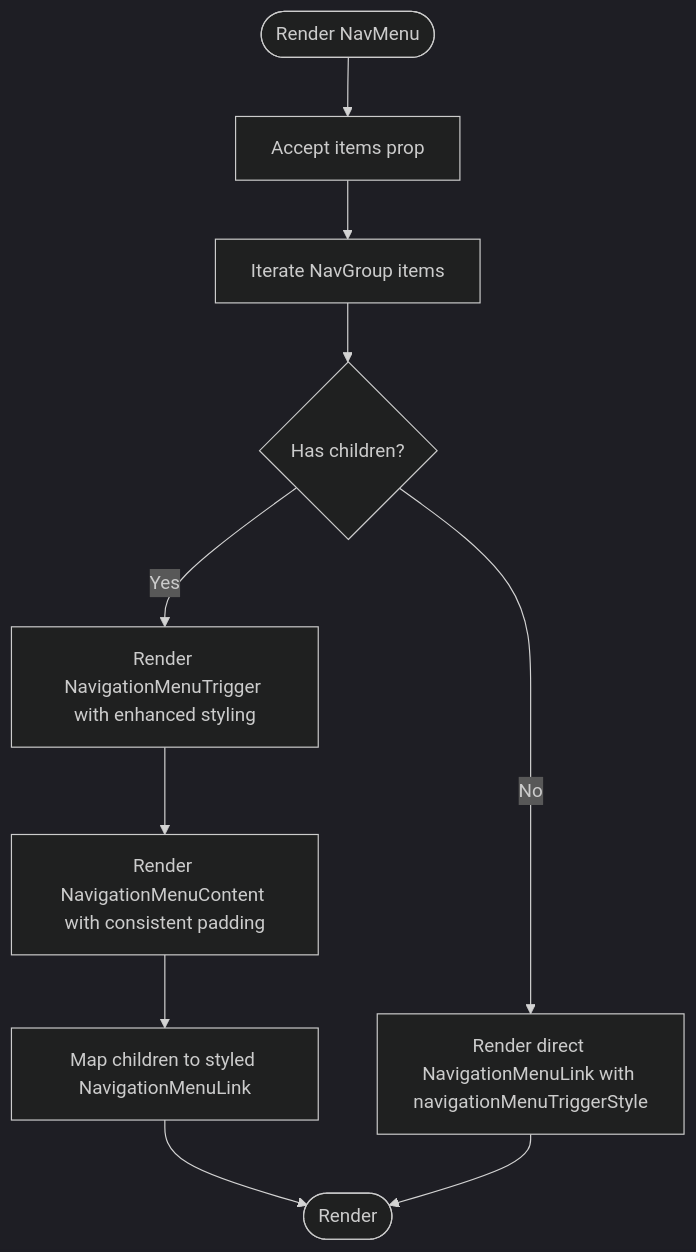
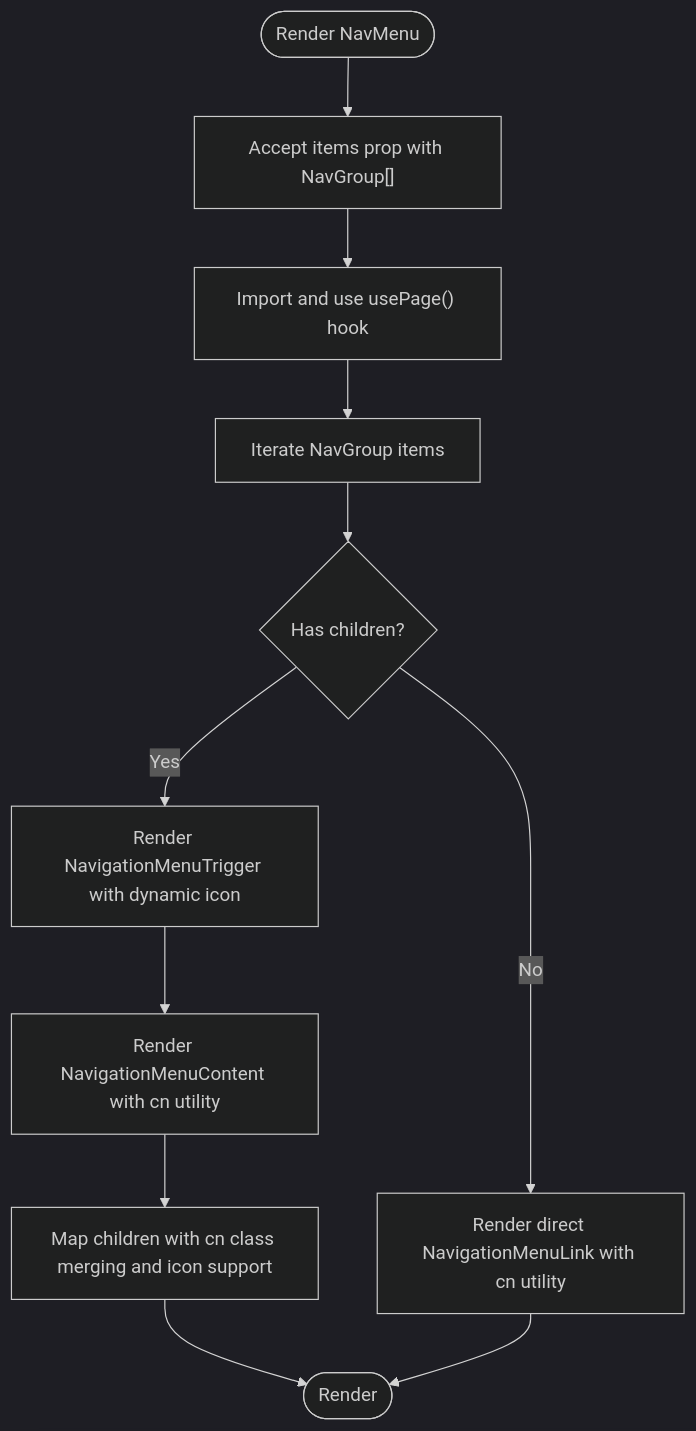
Before and after one commit to vincet0t15/template: the fourth of 12 diagrams in .qoder/repowiki/en/content/Frontend Components & UI/Navigation Components.md, drawn with Mermaid (dark theme). The commit also changed other lines of this file and 8 other files, not shown here.

````diff
--- a/.qoder/repowiki/en/content/Frontend Components & UI/Navigation Components.md
+++ b/.qoder/repowiki/en/content/Frontend Components & UI/Navigation Components.md
@@ -231,12 +246,13 @@
 ```mermaid
 flowchart TD
-StartNM(["Render NavMenu"]) --> Props["Accept items prop"]
-Props --> Iterate["Iterate NavGroup items"]
+StartNM(["Render NavMenu"]) --> Props["Accept items prop with NavGroup[]"]
+Props --> UsePage["Import and use usePage() hook"]
+UsePage --> Iterate["Iterate NavGroup items"]
 Iterate --> HasChildren{"Has children?"}
-HasChildren --> |Yes| Trigger["Render NavigationMenuTrigger with enhanced styling"]
-Trigger --> Content["Render NavigationMenuContent with consistent padding"]
-Content --> Children["Map children to styled NavigationMenuLink"]
-HasChildren --> |No| Direct["Render direct NavigationMenuLink with navigationMenuTriggerStyle"]
+HasChildren --> |Yes| Trigger["Render NavigationMenuTrigger with dynamic icon"]
+Trigger --> Content["Render NavigationMenuContent with cn utility"]
+Content --> Children["Map children with cn class merging and icon support"]
+HasChildren --> |No| Direct["Render direct NavigationMenuLink with cn utility"]
 Children --> EndNM(["Render"])
 Direct --> EndNM
 ```
````
